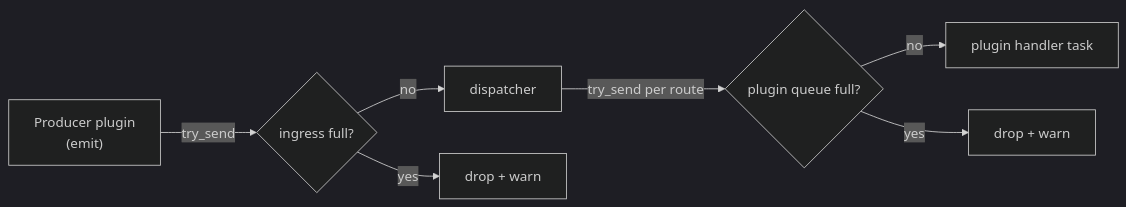
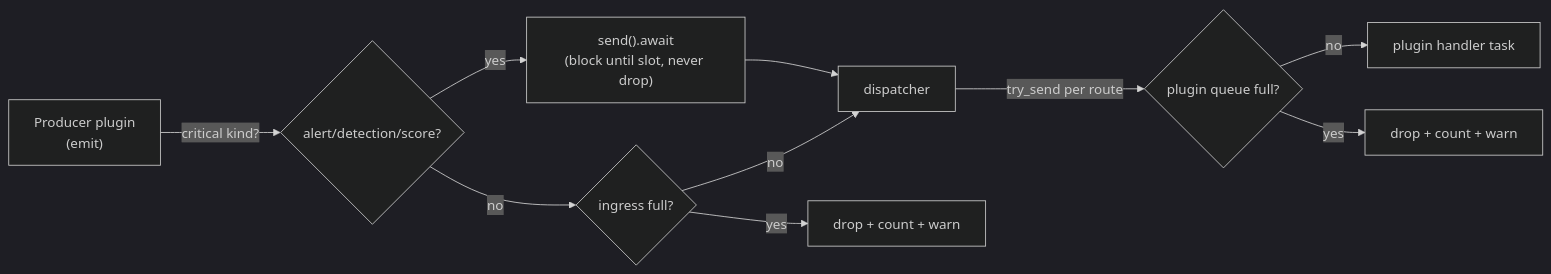
Before and after one commit to AnthonyHerman/insider-threat-profiling: the sixth of 9 diagrams in docs/ARCHITECTURE.md, drawn with Mermaid (dark theme). The commit also changed other lines of this file and 7 other files, not shown here.

````diff
--- a/docs/ARCHITECTURE.md
+++ b/docs/ARCHITECTURE.md
@@ -533,9 +595,11 @@
 ```mermaid
 flowchart LR
-  P["Producer plugin\n(emit)"] -->|try_send| I{ingress full?}
-  I -- no --> D[dispatcher]
-  I -- "yes" --> X1["drop + warn"]
+  P["Producer plugin\n(emit)"] -->|critical kind?| K{alert/detection/score?}
+  K -- yes --> B["send().await\n(block until slot, never drop)"] --> D[dispatcher]
+  K -- no --> I{ingress full?}
+  I -- no --> D
+  I -- "yes" --> X1["drop + count + warn"]
   D -->|try_send per route| Q{plugin queue full?}
   Q -- no --> H[plugin handler task]
-  Q -- "yes" --> X2["drop + warn"]
+  Q -- "yes" --> X2["drop + count + warn"]
 ```
````
